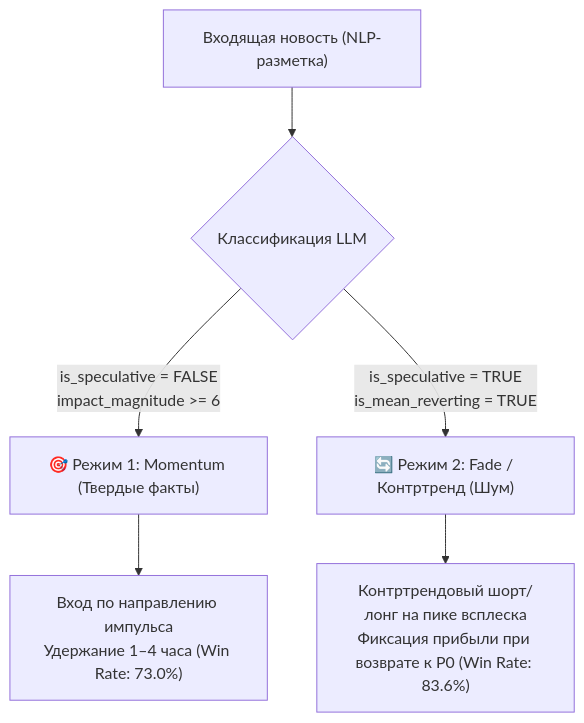
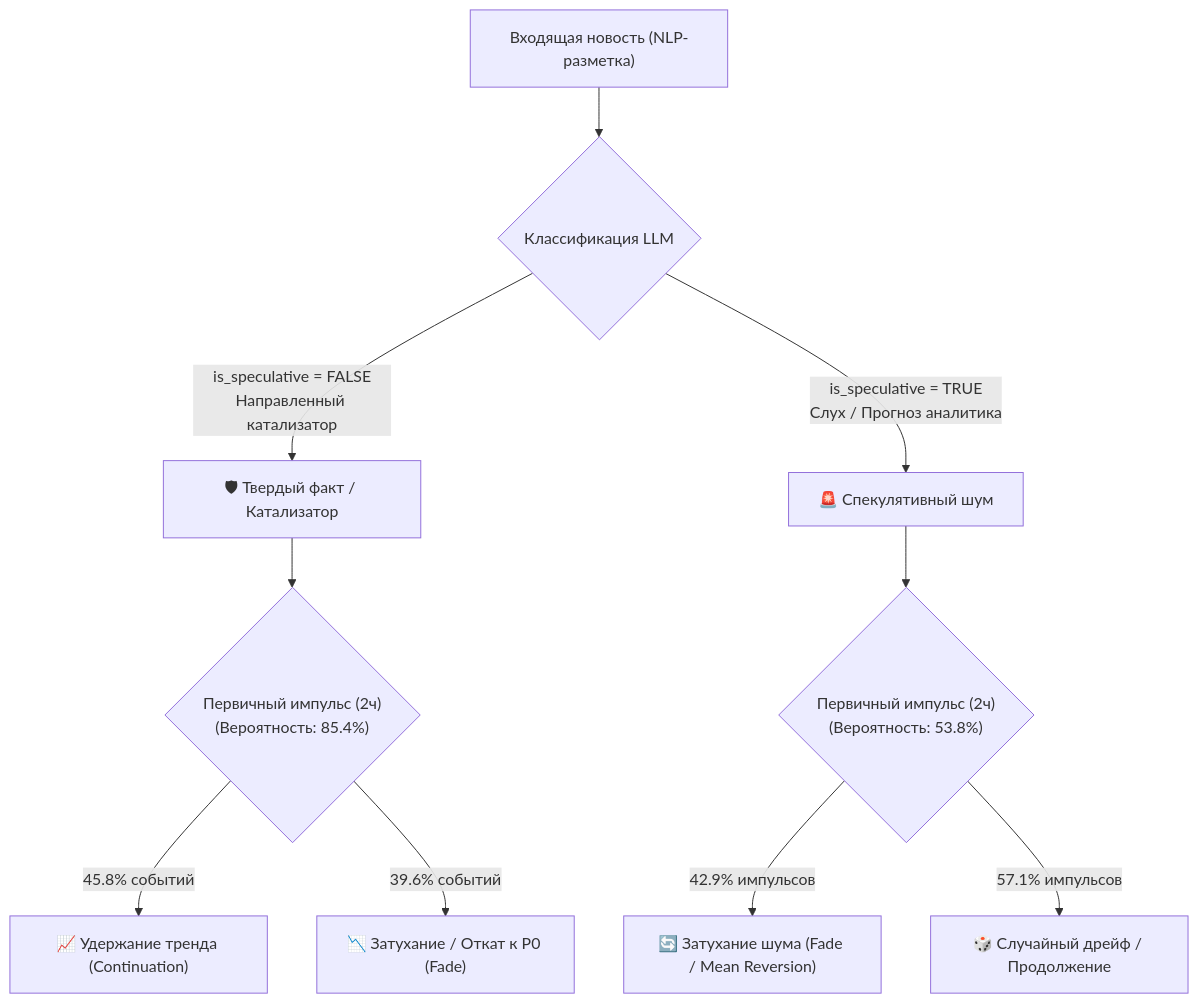
One commit to Isn0v/news-analysis changed the diagram in market-evaluator/README.md. Above: the diagram before and after it, drawn with Mermaid. The commit also changed other lines of this file and 4 other files, not shown here.

````diff
--- a/market-evaluator/README.md
+++ b/market-evaluator/README.md
@@ -85,10 +88,15 @@
 ```mermaid
 flowchart TD
     News["Входящая новость (NLP-разметка)"] --> Filter{"Классификация LLM"}
     
-    Filter -->|"is_speculative = FALSE<br/>impact_magnitude >= 6"| Regime1["🎯 Режим 1: Momentum (Твердые факты)"]
-    Filter -->|"is_speculative = TRUE<br/>is_mean_reverting = TRUE"| Regime2["🔄 Режим 2: Fade / Контртренд (Шум)"]
+    Filter -->|"is_speculative = FALSE<br/>Направленный катализатор"| Fact["🛡 Твердый факт / Катализатор"]
+    Filter -->|"is_speculative = TRUE<br/>Слух / Прогноз аналитика"| Spec["🚨 Спекулятивный шум"]
     
-    Regime1 --> Trade1["Вход по направлению импульса<br/>Удержание 1–4 часа (Win Rate: 73.0%)"]
-    Regime2 --> Trade2["Контртрендовый шорт/лонг на пике всплеска<br/>Фиксация прибыли при возврате к P0 (Win Rate: 83.6%)"]
+    Fact --> ImpulseFact{"Первичный импульс (2ч)<br/>(Вероятность: 85.4%)"}
+    ImpulseFact -->|"45.8% событий"| ContFact["📈 Удержание тренда (Continuation)"]
+    ImpulseFact -->|"39.6% событий"| FadeFact["📉 Затухание / Откат к P0 (Fade)"]
+    
+    Spec --> ImpulseSpec{"Первичный импульс (2ч)<br/>(Вероятность: 53.8%)"}
+    ImpulseSpec -->|"42.9% импульсов"| FadeSpec["🔄 Затухание шума (Fade / Mean Reversion)"]
+    ImpulseSpec -->|"57.1% импульсов"| NoiseCont["🎲 Случайный дрейф / Продолжение"]
 ```
````
